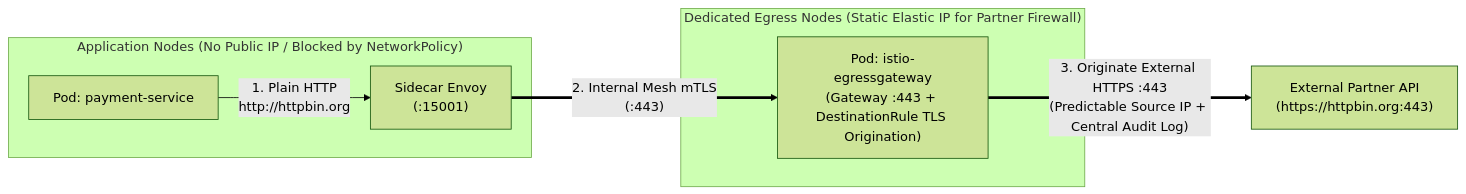
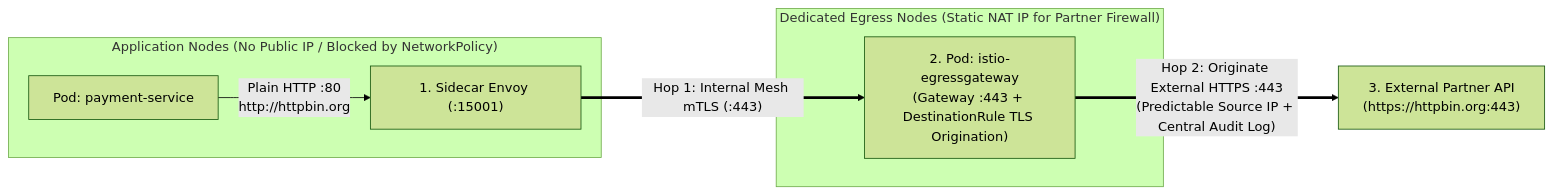
One commit to chan3845/Istio changed the third of 3 diagrams in 03-gateways-ingress-and-egress/README.md. Above: the diagram before and after it, drawn with Mermaid (forest theme). The commit also changed other lines of this file and 56 other files, not shown here.

````diff
--- a/03-gateways-ingress-and-egress/README.md
+++ b/03-gateways-ingress-and-egress/README.md
@@ -140,17 +128,17 @@
 ```mermaid
 flowchart LR
     subgraph AppNode["Application Nodes (No Public IP / Blocked by NetworkPolicy)"]
         PayPod["Pod: payment-service"]
-        PaySidecar["Sidecar Envoy<br/>(:15001)"]
-        PayPod -->|"1. Plain HTTP<br/>http://httpbin.org"| PaySidecar
+        PaySidecar["1. Sidecar Envoy (:15001)"]
+        PayPod -->|"Plain HTTP :80<br/>http://httpbin.org"| PaySidecar
     end
 
-    subgraph EgressNode["Dedicated Egress Nodes (Static Elastic IP for Partner Firewall)"]
-        EgressGW["Pod: istio-egressgateway<br/>(Gateway :443 + DestinationRule TLS Origination)"]
+    subgraph EgressNode["Dedicated Egress Nodes (Static NAT IP for Partner Firewall)"]
+        EgressGW["2. Pod: istio-egressgateway<br/>(Gateway :443 + DestinationRule TLS Origination)"]
     end
 
-    ExtAPI["External Partner API<br/>(https://httpbin.org:443)"]
+    ExtAPI["3. External Partner API<br/>(https://httpbin.org:443)"]
 
-    PaySidecar ===>|"2. Internal Mesh mTLS<br/>(:443)"| EgressGW
-    EgressGW ===>|"3. Originate External HTTPS :443<br/>(Predictable Source IP + Central Audit Log)"| ExtAPI
+    PaySidecar ===>|"Hop 1: Internal Mesh mTLS (:443)"| EgressGW
+    EgressGW ===>|"Hop 2: Originate External HTTPS :443<br/>(Predictable Source IP + Central Audit Log)"| ExtAPI
 ```
````
